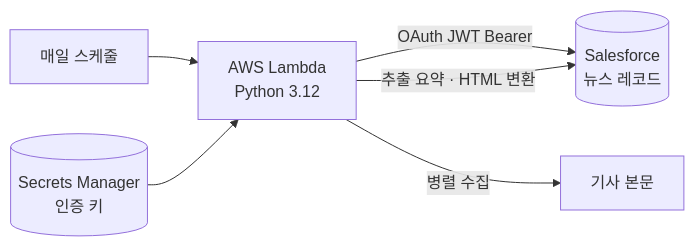
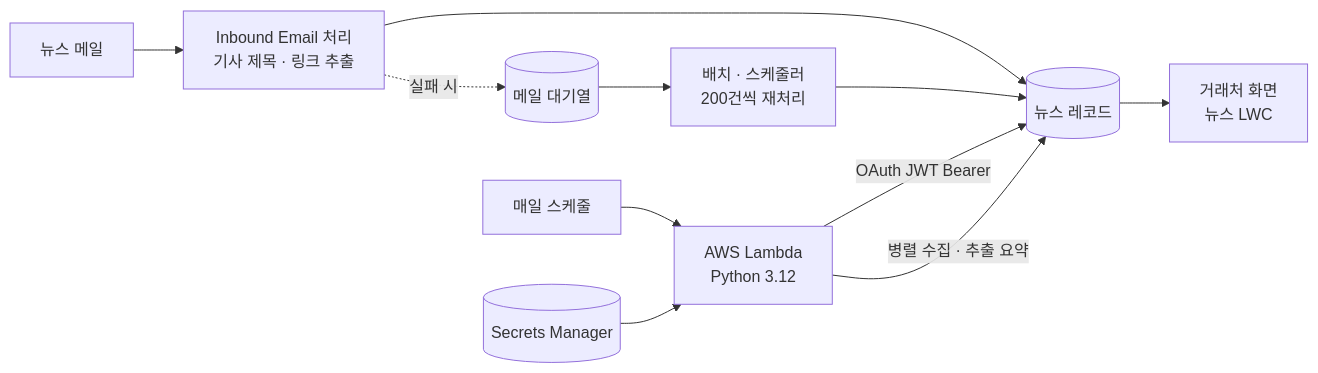
The second of 3 diagrams in README.md (leeyongha2006/semiconductor-forecast-salesforce), drawn with Mermaid before and after one commit. The commit also changed other lines of this file, not shown here.

````diff
--- a/README.md
+++ b/README.md
@@ -54,8 +54,13 @@
 ```mermaid
 flowchart LR
+    MAIL[뉴스 메일] --> IE[Inbound Email 처리<br/>기사 제목 · 링크 추출]
+    IE --> SF[(뉴스 레코드)]
+    IE -. 실패 시 .-> Q[(메일 대기열)]
+    Q --> B[배치 · 스케줄러<br/>200건씩 재처리]
+    B --> SF
     EV[매일 스케줄] --> L[AWS Lambda<br/>Python 3.12]
-    SM[(Secrets Manager<br/>인증 키)] --> L
-    L -- OAuth JWT Bearer --> SF[(Salesforce<br/>뉴스 레코드)]
-    L -->|병렬 수집| WEB[기사 본문]
-    L -->|추출 요약 · HTML 변환| SF
+    SM[(Secrets Manager)] --> L
+    L -- OAuth JWT Bearer --> SF
+    L -->|병렬 수집 · 추출 요약| SF
+    SF --> UI[거래처 화면<br/>뉴스 LWC]
 ```
````
